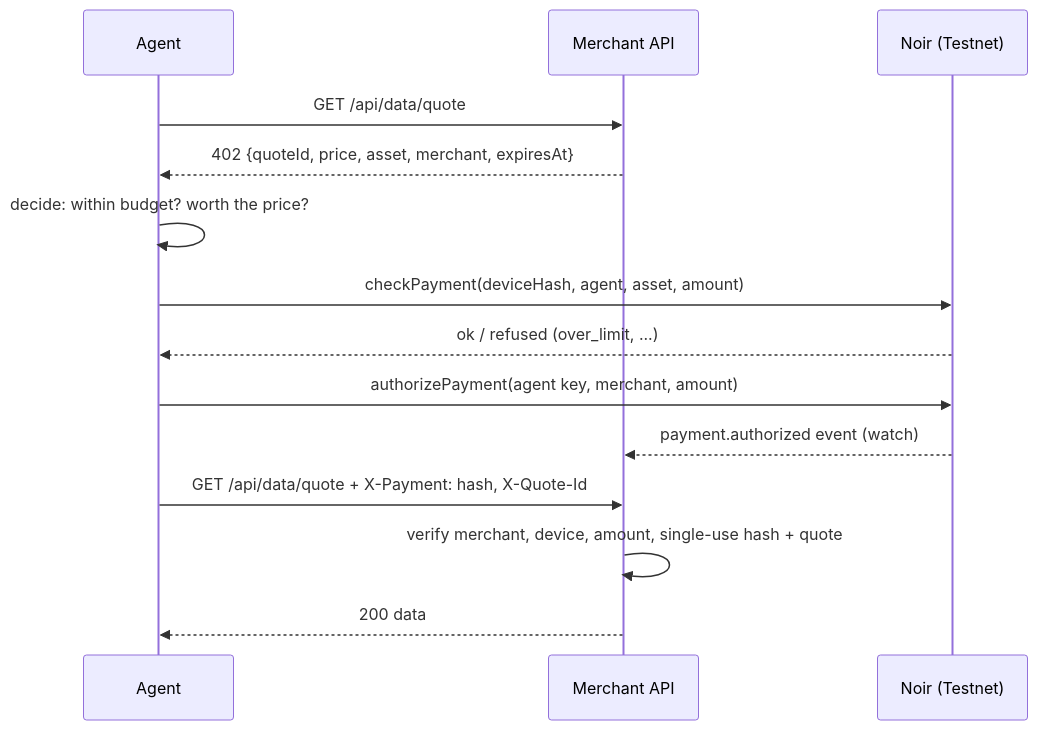
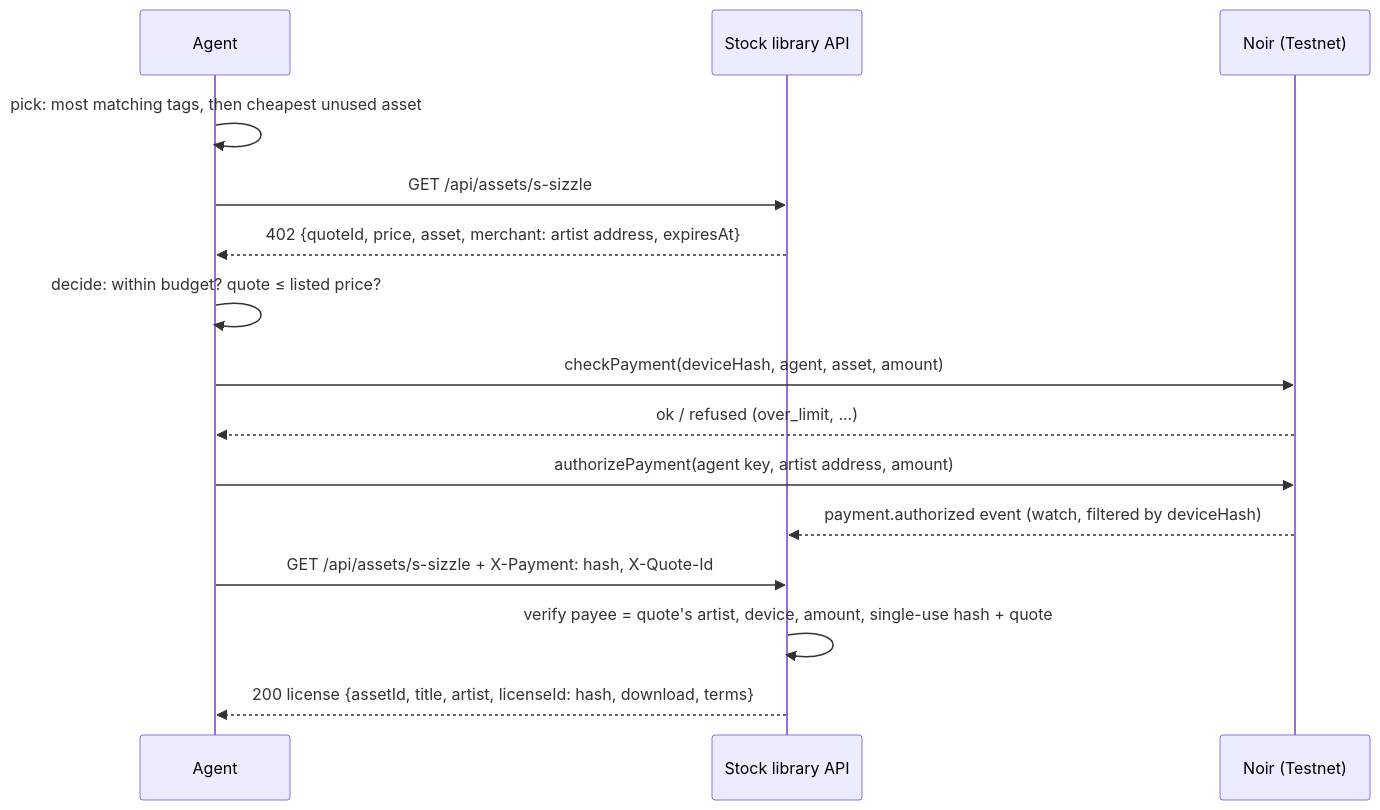
One commit to dnlaldrn/ClipPass changed the second of 2 diagrams in docs/architecture.md. Above: the diagram before and after it, drawn with Mermaid. The commit also changed other lines of this file and 2 other files, not shown here.

Commit message:
docs: ClipPass README, architecture and fresh Testnet proof

````diff
--- a/docs/architecture.md
+++ b/docs/architecture.md
@@ -29,16 +30,17 @@
 ```mermaid
 sequenceDiagram
   participant A as Agent
-  participant M as Merchant API
+  participant L as Stock library API
   participant N as Noir (Testnet)
-  A->>M: GET /api/data/quote
-  M-->>A: 402 {quoteId, price, asset, merchant, expiresAt}
-  A->>A: decide: within budget? worth the price?
+  A->>A: pick: most matching tags, then cheapest unused asset
+  A->>L: GET /api/assets/s-sizzle
+  L-->>A: 402 {quoteId, price, asset, merchant: artist address, expiresAt}
+  A->>A: decide: within budget? quote ≤ listed price?
   A->>N: checkPayment(deviceHash, agent, asset, amount)
   N-->>A: ok / refused (over_limit, ...)
-  A->>N: authorizePayment(agent key, merchant, amount)
-  N-->>M: payment.authorized event (watch)
-  A->>M: GET /api/data/quote + X-Payment: hash, X-Quote-Id
-  M->>M: verify merchant, device, amount, single-use hash + quote
-  M-->>A: 200 data
+  A->>N: authorizePayment(agent key, artist address, amount)
+  N-->>L: payment.authorized event (watch, filtered by deviceHash)
+  A->>L: GET /api/assets/s-sizzle + X-Payment: hash, X-Quote-Id
+  L->>L: verify payee = quote's artist, device, amount, single-use hash + quote
+  L-->>A: 200 license {assetId, title, artist, licenseId: hash, download, terms}
 ```
````
